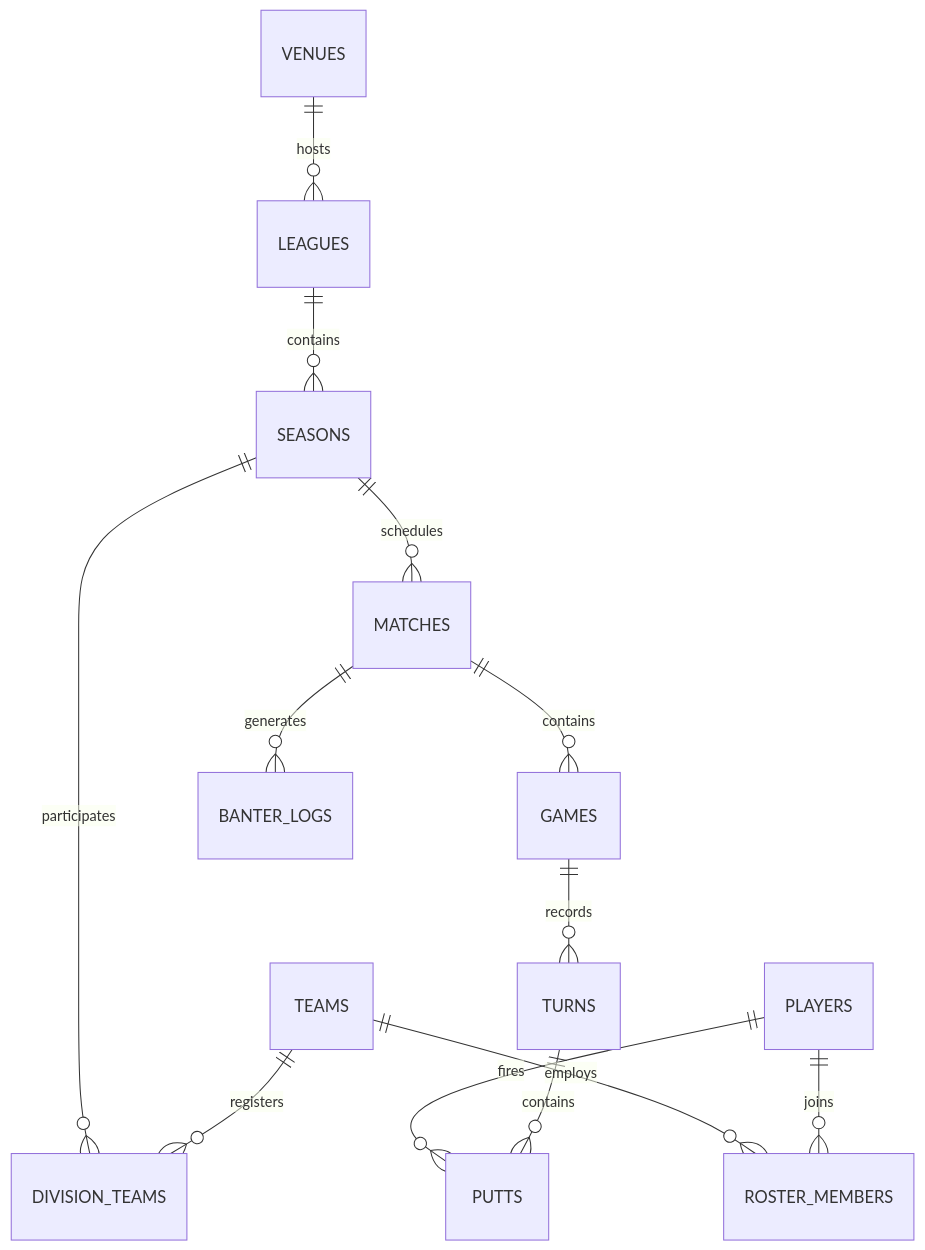
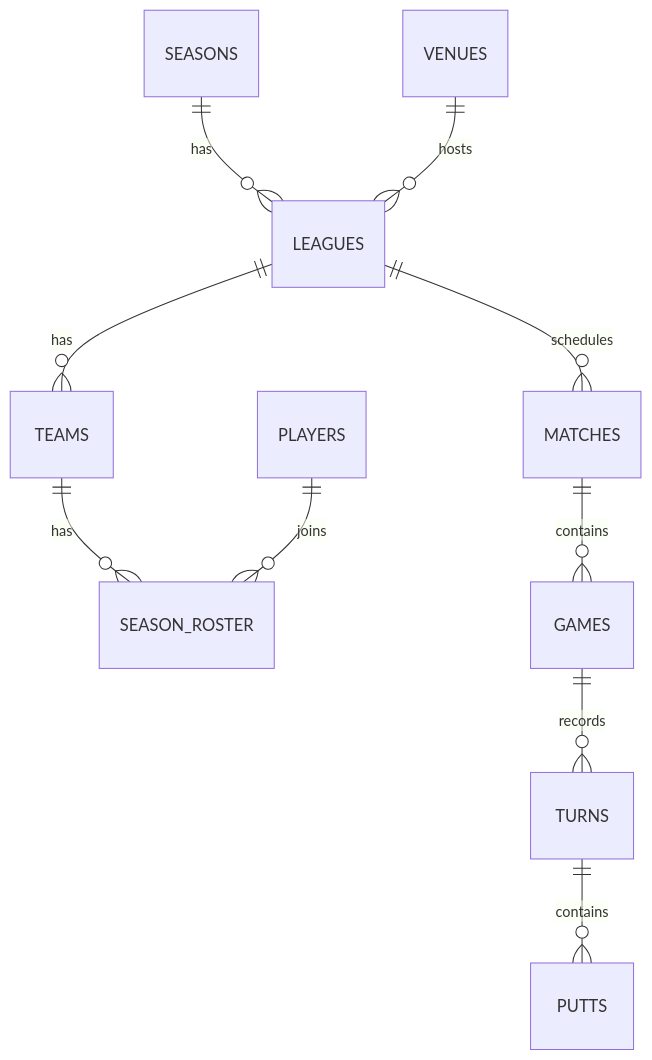
The diagram in docs/production_brainstorming.md (haaldinger/puttermore), drawn with Mermaid before and after one commit. The commit also changed other lines of this file and 4 other files, not shown here.

````diff
--- a/docs/production_brainstorming.md
+++ b/docs/production_brainstorming.md
@@ -11,15 +88,12 @@
 ```mermaid
 erDiagram
-    SEASONS ||--o{ DIVISION_TEAMS : participates
-    SEASONS ||--o{ MATCHES : schedules
-    VENUES ||--o{ LEAGUES : hosts
-    LEAGUES ||--o{ SEASONS : contains
-    TEAMS ||--o{ DIVISION_TEAMS : registers
-    TEAMS ||--o{ ROSTER_MEMBERS : employs
-    PLAYERS ||--o{ ROSTER_MEMBERS : joins
-    PLAYERS ||--o{ PUTTS : fires
-    MATCHES ||--o{ GAMES : contains
-    GAMES ||--o{ TURNS : records
-    TURNS ||--o{ PUTTS : contains
-    MATCHES ||--o{ BANTER_LOGS : generates
+    SEASONS ||--o{ LEAGUES : "has"
+    VENUES ||--o{ LEAGUES : "hosts"
+    LEAGUES ||--o{ TEAMS : "has"
+    TEAMS ||--o{ SEASON_ROSTER : "has"
+    PLAYERS ||--o{ SEASON_ROSTER : "joins"
+    LEAGUES ||--o{ MATCHES : "schedules"
+    MATCHES ||--o{ GAMES : "contains"
+    GAMES ||--o{ TURNS : "records"
+    TURNS ||--o{ PUTTS : "contains"
 ```
````
